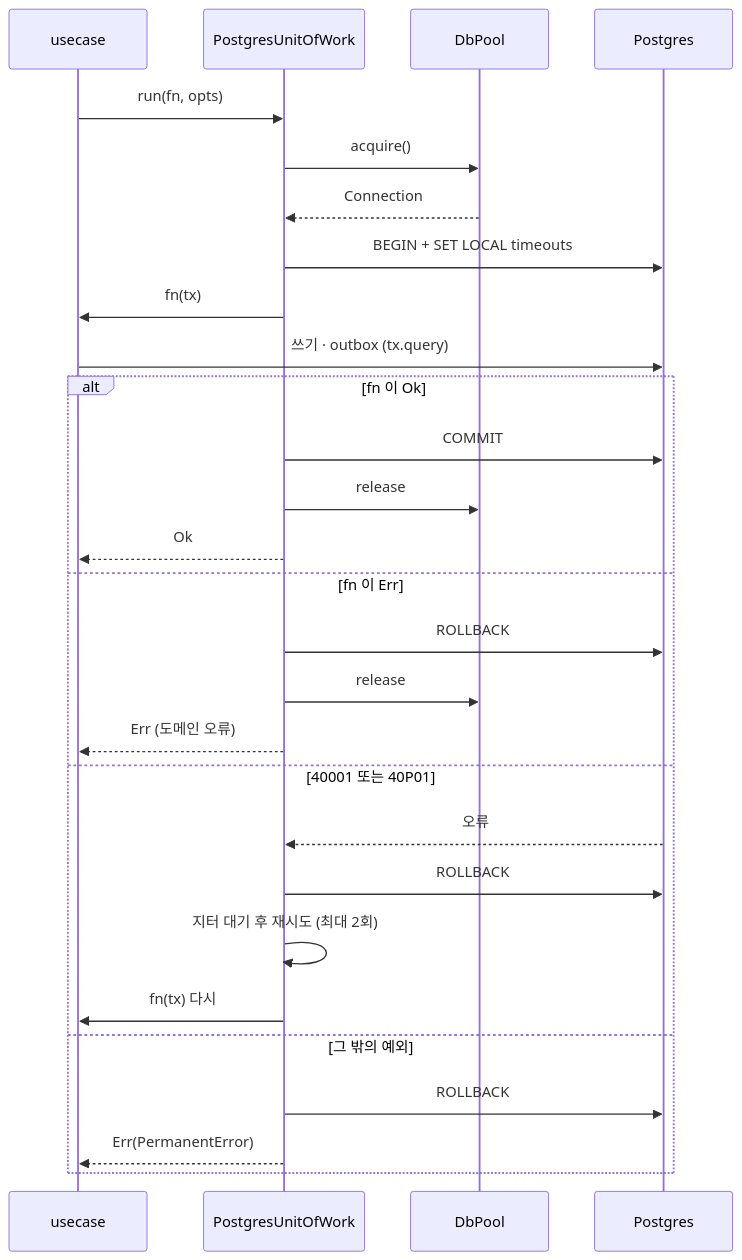
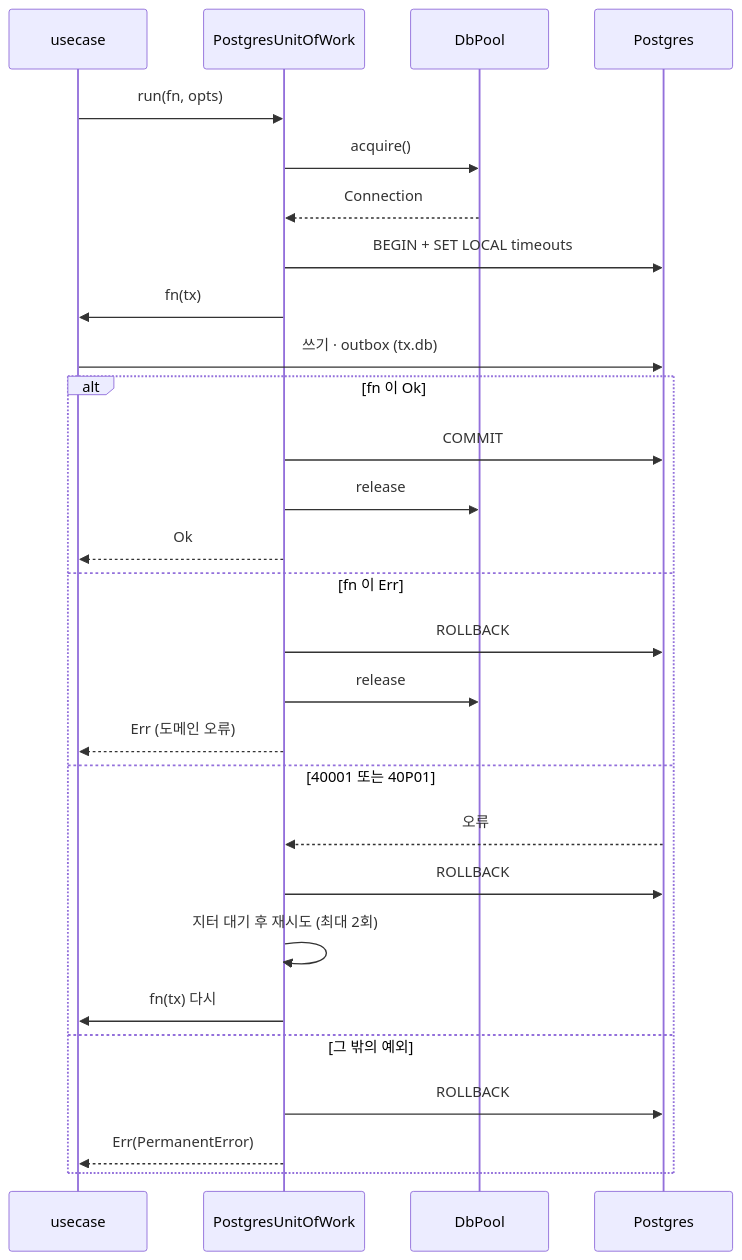
One commit to 1985jwlee/portpolio_backend changed diagram 17 of 33 in docs/design/features/16-cross-cutting.md. Above: the diagram before and after it, drawn with Mermaid. The commit also changed other lines of this file and 46 other files, not shown here.

````diff
--- a/docs/design/features/16-cross-cutting.md
+++ b/docs/design/features/16-cross-cutting.md
@@ -963,30 +959,30 @@
 ```mermaid
 sequenceDiagram
     participant U as usecase
     participant W as PostgresUnitOfWork
     participant P as DbPool
     participant D as Postgres
     U->>W: run(fn, opts)
     W->>P: acquire()
     P-->>W: Connection
     W->>D: BEGIN + SET LOCAL timeouts
     W->>U: fn(tx)
-    U->>D: 쓰기 · outbox (tx.query)
+    U->>D: 쓰기 · outbox (tx.db)
     alt fn 이 Ok
         W->>D: COMMIT
         W->>P: release
         W-->>U: Ok
     else fn 이 Err
         W->>D: ROLLBACK
         W->>P: release
         W-->>U: Err (도메인 오류)
     else 40001 또는 40P01
         D-->>W: 오류
         W->>D: ROLLBACK
         W->>W: 지터 대기 후 재시도 (최대 2회)
         W->>U: fn(tx) 다시
     else 그 밖의 예외
         W->>D: ROLLBACK
         W-->>U: Err(PermanentError)
     end
 ```
````
